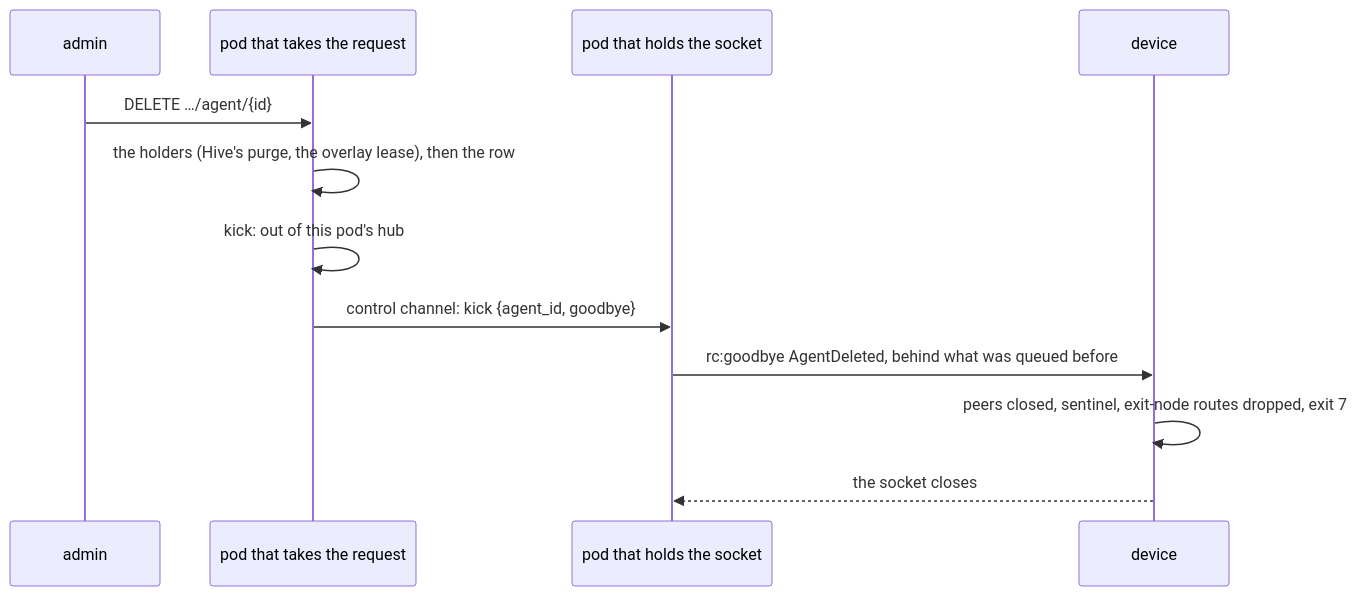
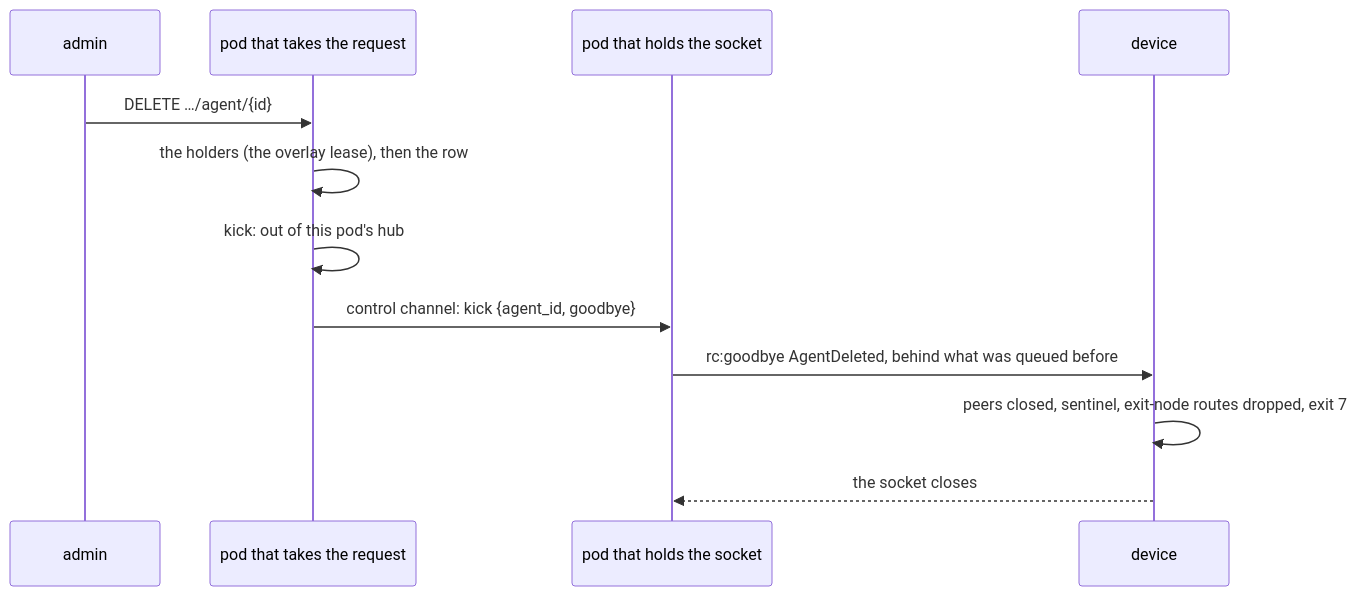
One commit to gjovanov/roomler-ai changed the third of 3 diagrams in docs/device-credentials.md. Above: the diagram before and after it, drawn with Mermaid. The commit also changed other lines of this file and 16 other files, not shown here.

````diff
--- a/docs/device-credentials.md
+++ b/docs/device-credentials.md
@@ -114,14 +112,14 @@
 ```mermaid
 sequenceDiagram
     participant A as admin
     participant P as pod that takes the request
     participant Q as pod that holds the socket
     participant D as device
     A->>P: DELETE …/agent/{id}
-    P->>P: the holders (Hive's purge, the overlay lease), then the row
+    P->>P: the holders (the overlay lease), then the row
     P->>P: kick: out of this pod's hub
     P->>Q: control channel: kick {agent_id, goodbye}
     Q->>D: rc:goodbye AgentDeleted, behind what was queued before
     D->>D: peers closed, sentinel, exit-node routes dropped, exit 7
     D-->>Q: the socket closes
 ```
````
